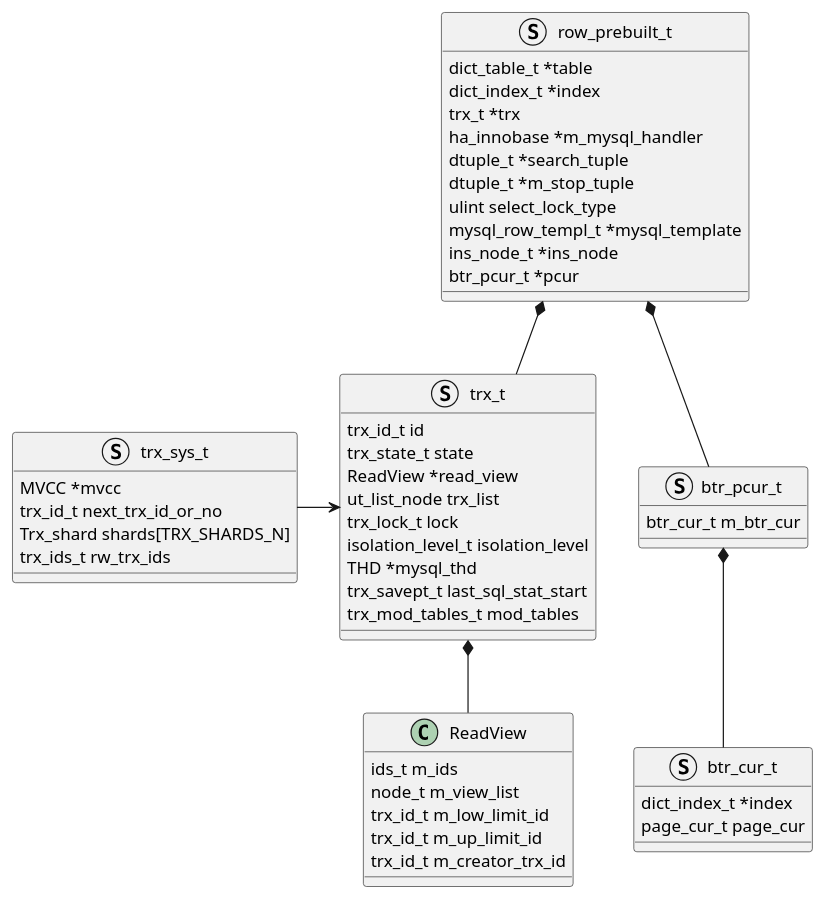
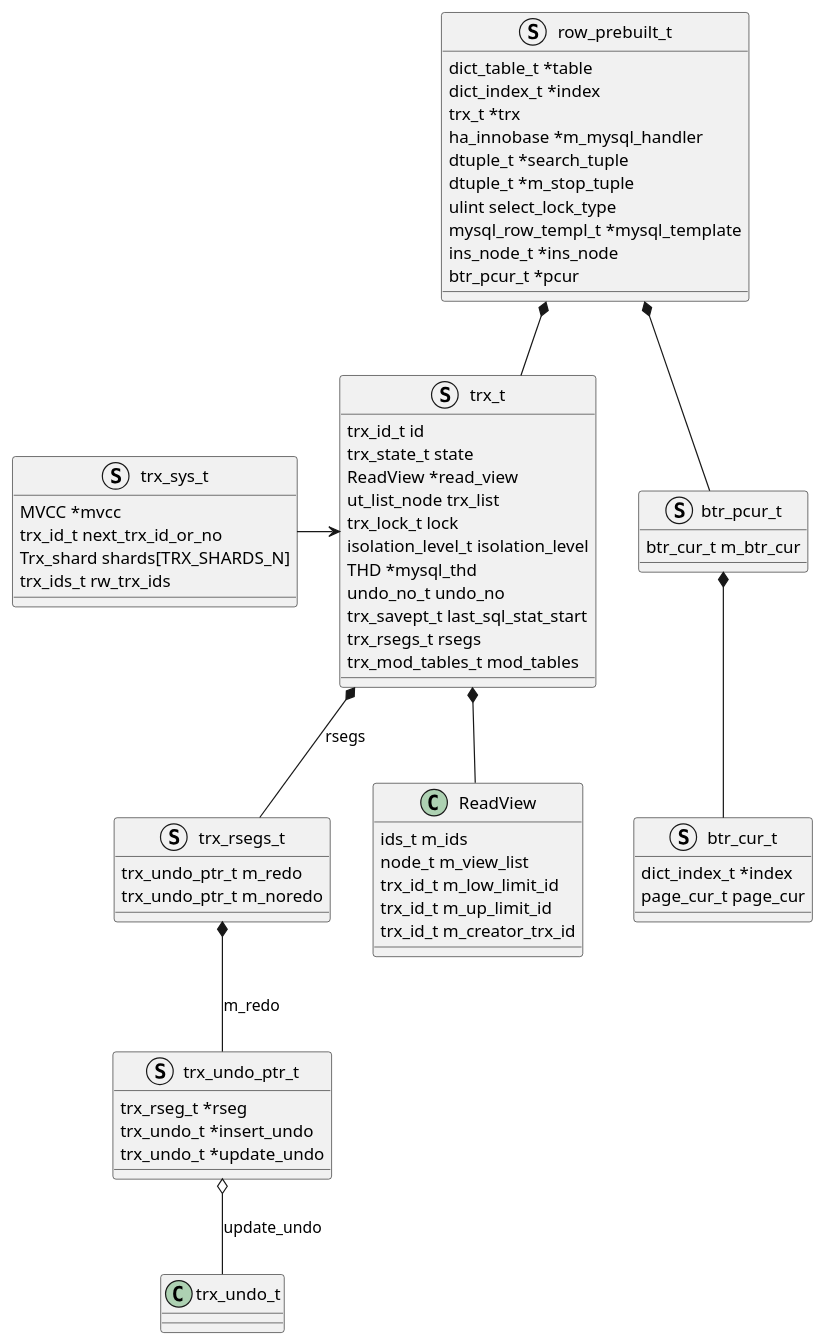
One commit to kevinwang930/kevinwang930.github.io changed the third of 3 diagrams in content/post/data/db/mysql/innodb/index.md. Above: the diagram before and after it, drawn with PlantUML. The commit also changed other lines of this file and 6 other files, not shown here.

````diff
--- a/content/post/data/db/mysql/innodb/index.md
+++ b/content/post/data/db/mysql/innodb/index.md
@@ -419,60 +527,76 @@
 ```plantuml
 struct trx_t {
   trx_id_t id
   trx_state_t state
   ReadView *read_view
   ut_list_node trx_list
   trx_lock_t lock
   isolation_level_t isolation_level
   THD *mysql_thd
+  undo_no_t undo_no
   trx_savept_t last_sql_stat_start
+  trx_rsegs_t rsegs
   trx_mod_tables_t mod_tables
+}
+
+struct trx_rsegs_t {
+  trx_undo_ptr_t m_redo
+  trx_undo_ptr_t m_noredo
+}
+
+struct trx_undo_ptr_t {
+  trx_rseg_t *rseg
+  trx_undo_t *insert_undo
+  trx_undo_t *update_undo
 }
 
 class ReadView {
   ids_t m_ids
   node_t m_view_list
   trx_id_t m_low_limit_id
   trx_id_t m_up_limit_id
   trx_id_t m_creator_trx_id
 }
 
 struct trx_sys_t {
   MVCC *mvcc
   trx_id_t next_trx_id_or_no
   Trx_shard shards[TRX_SHARDS_N]
   trx_ids_t rw_trx_ids
 }
 
 
 struct  row_prebuilt_t {
   dict_table_t *table
   dict_index_t *index
   trx_t *trx
   ha_innobase *m_mysql_handler
   dtuple_t *search_tuple
   dtuple_t *m_stop_tuple
   ulint select_lock_type
   mysql_row_templ_t *mysql_template
   ins_node_t *ins_node
   btr_pcur_t *pcur
 }
 
 struct btr_pcur_t {
   btr_cur_t m_btr_cur
   
 }
 struct btr_cur_t {
 dict_index_t *index
 page_cur_t page_cur
 }
 
 row_prebuilt_t *-- btr_pcur_t
 btr_pcur_t *-- btr_cur_t
 
 row_prebuilt_t *-- trx_t
 trx_t *-- ReadView
+trx_t *-- trx_rsegs_t : rsegs
+trx_rsegs_t *-- trx_undo_ptr_t : m_redo
+trx_undo_ptr_t o-- trx_undo_t : update_undo
 trx_sys_t -> trx_t
 
 
 ```
````
